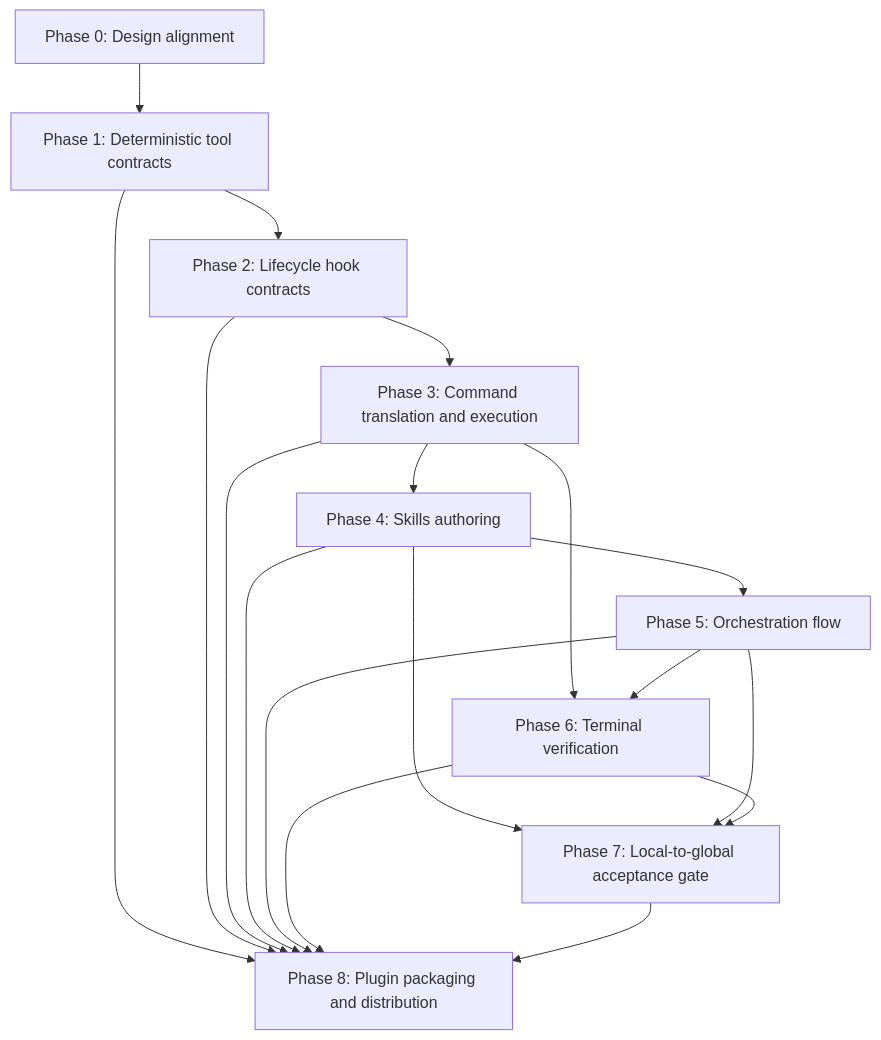
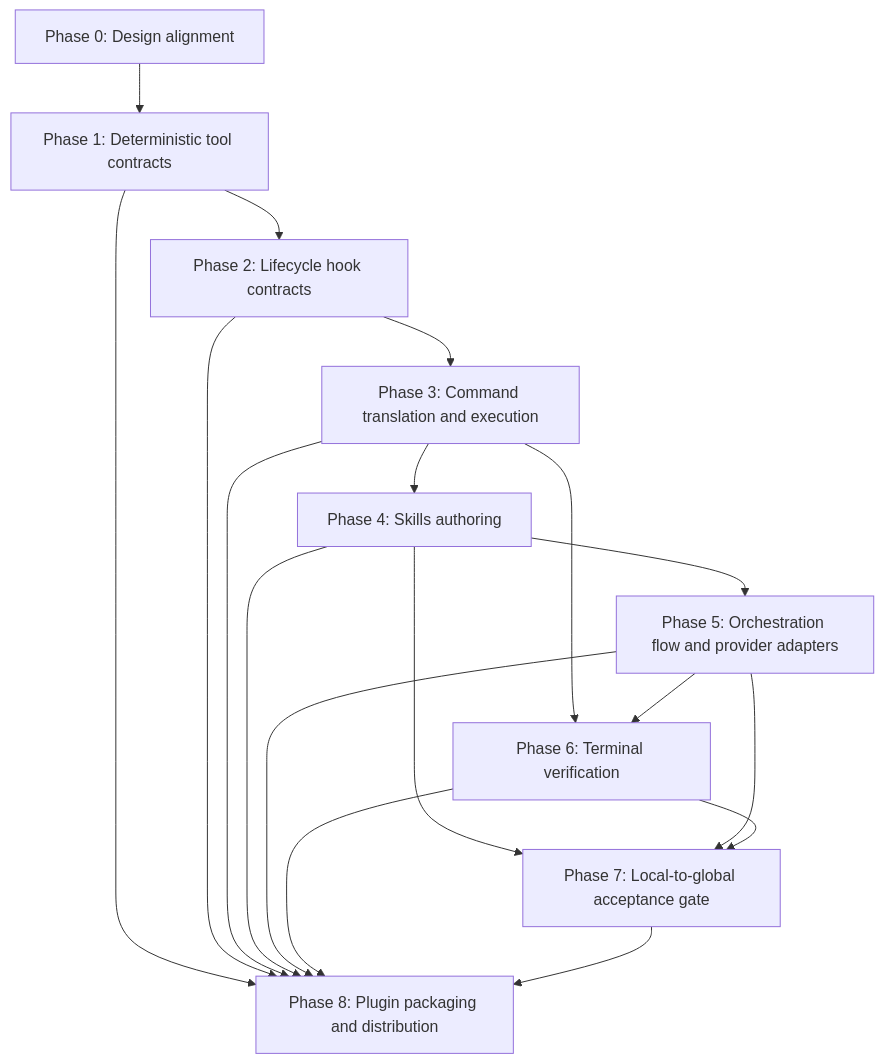
The diagram in doc/phased_implementation_plan.md (shlomoa/django-angular3), drawn with Mermaid before and after one commit. The commit also changed other lines of this file and 7 other files, not shown here.

````diff
--- a/doc/phased_implementation_plan.md
+++ b/doc/phased_implementation_plan.md
@@ -367,20 +404,20 @@
 ```mermaid
 flowchart TD
     phase0["Phase 0: Design alignment"] --> phase1["Phase 1: Deterministic tool contracts"]
     phase1 --> phase2["Phase 2: Lifecycle hook contracts"]
     phase2 --> phase3["Phase 3: Command translation and execution"]
     phase3 --> phase4["Phase 4: Skills authoring"]
-    phase4 --> phase5["Phase 5: Orchestration flow"]
+    phase4 --> phase5["Phase 5: Orchestration flow and provider adapters"]
     phase3 --> phase6["Phase 6: Terminal verification"]
     phase5 --> phase6
     phase4 --> phase7["Phase 7: Local-to-global acceptance gate"]
     phase5 --> phase7
     phase6 --> phase7
     phase1 --> phase8["Phase 8: Plugin packaging and distribution"]
     phase2 --> phase8
     phase3 --> phase8
     phase4 --> phase8
     phase5 --> phase8
     phase6 --> phase8
     phase7 --> phase8
 ```
````
